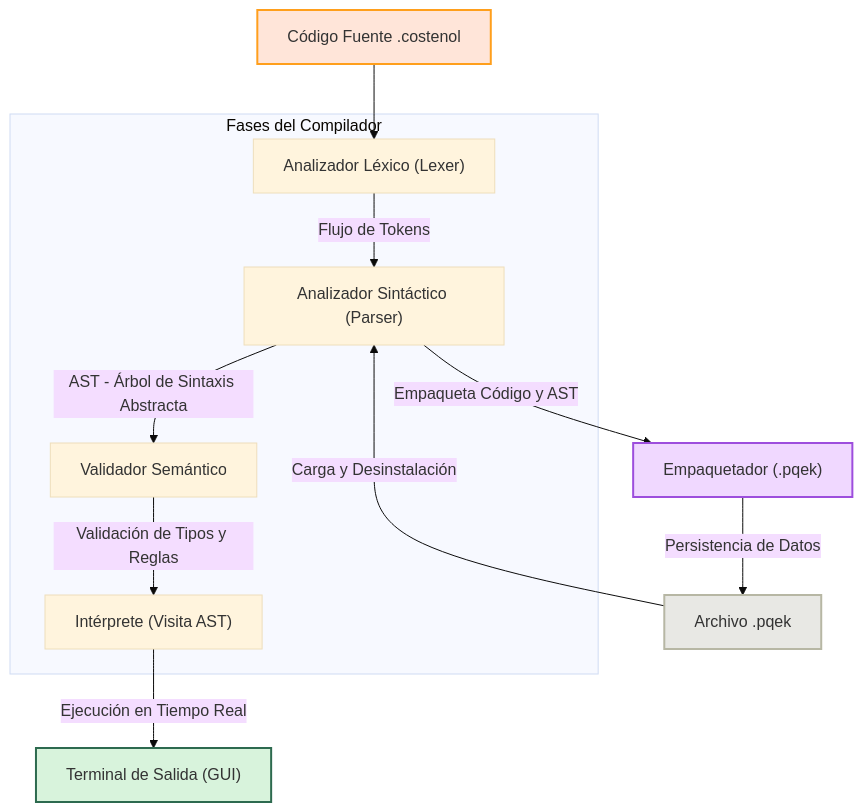
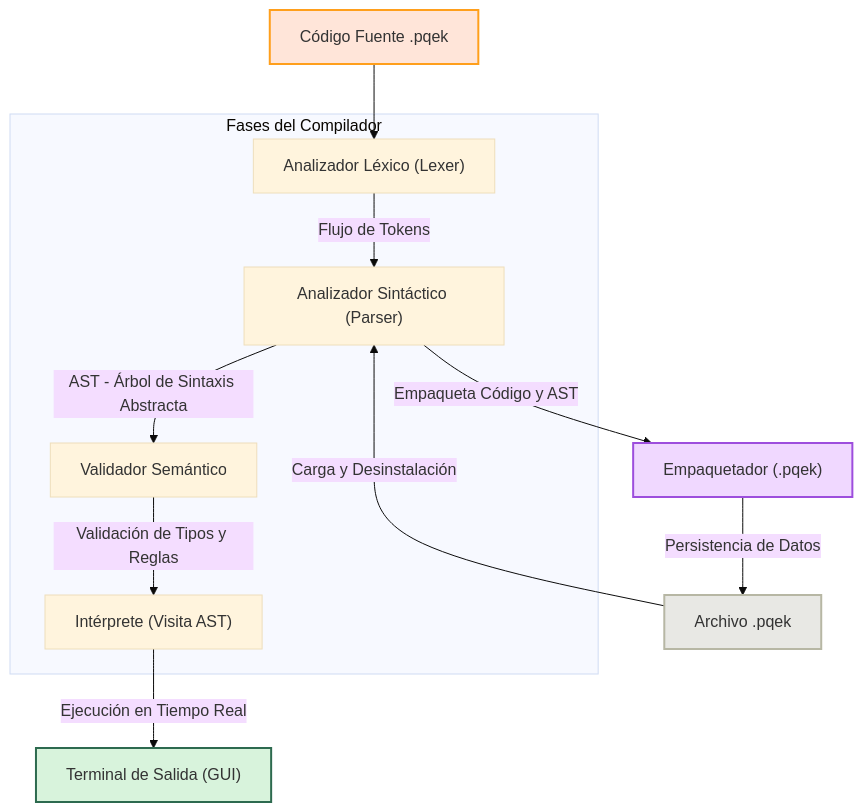
Before and after one commit to Blazkull/compilator_coste-ol: the diagram in README.md, drawn with Mermaid (base theme).

````diff
--- a/README.md
+++ b/README.md
@@ -27,24 +27,24 @@
 ```mermaid
 graph TD
-    A["Código Fuente .costenol"] --> B["Analizador Léxico (Lexer)"]
+    A["Código Fuente .pqek"] --> B["Analizador Léxico (Lexer)"]
     B -->|Flujo de Tokens| C["Analizador Sintáctico (Parser)"]
     C -->|AST - Árbol de Sintaxis Abstracta| D["Validador Semántico"]
     D -->|Validación de Tipos y Reglas| E["Intérprete (Visita AST)"]
     E -->|Ejecución en Tiempo Real| F["Terminal de Salida (GUI)"]
     
     C -->|Empaqueta Código y AST| G["Empaquetador (.pqek)"]
     G -->|Persistencia de Datos| H["Archivo .pqek"]
     H -->|Carga y Desinstalación| C
     
     subgraph "Fases del Compilador"
         B
         C
         D
         E
     end
     
     style A fill:#ffe5d9,stroke:#ff9f1c,stroke-width:2px
     style F fill:#d8f3dc,stroke:#2d6a4f,stroke-width:2px
     style H fill:#e8e8e4,stroke:#b7b7a4,stroke-width:2px
     style G fill:#f0d8ff,stroke:#9d4edd,stroke-width:2px
 ```
````
